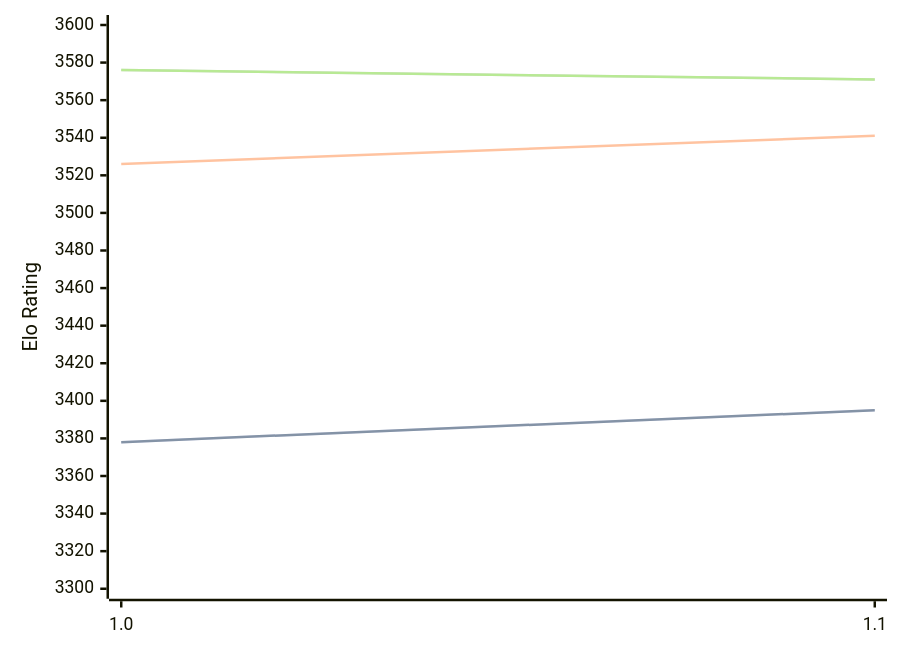
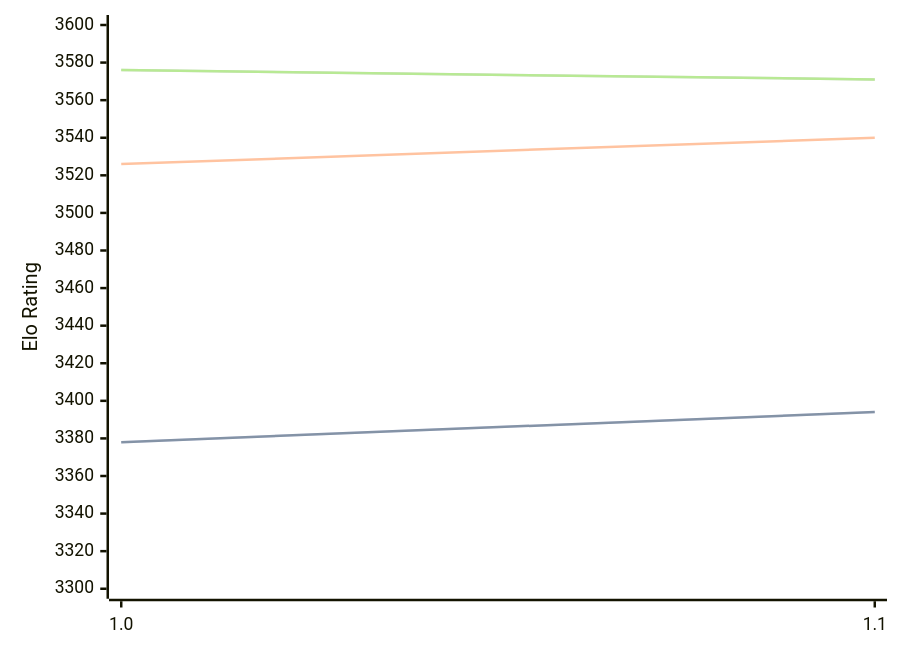
One commit to computer-chess-index/cci changed the diagram in engines/Horsie.md. Above: the diagram before and after it, drawn with Mermaid. The commit also changed other lines of this file, not shown here.

Commit message:
Update CCI Ratings (ELO VLTC) - 2026-03-06

````diff
--- a/engines/Horsie.md
+++ b/engines/Horsie.md
@@ -30,11 +30,11 @@
 ```mermaid
 %%{init: {"theme":"base","themeVariables":{"seriesColors:['#a3a3a3','#222221','#faa371']}}}%%
 xychart-beta
   x-axis ["1.0", "1.1"]
   y-axis "Elo Rating" 3300 --> 3600
-  line "STC (8.0+0.08s)" [3378, 3395]
-  line "STC (8.0+0.08s)" [3378, 3395]
-  line "LTC (60.0+0.60s)" [3526, 3541]
+  line "STC (8.0+0.08s)" [3378, 3394]
+  line "STC (8.0+0.08s)" [3378, 3394]
+  line "LTC (60.0+0.60s)" [3526, 3540]
   line "VLTC (2m24s+1.12s)" [3576, 3571]
   line "VLTC (2m24s+1.12s)" [3576, 3571]
 ```
````
